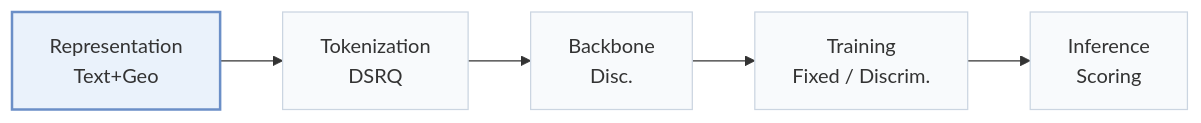
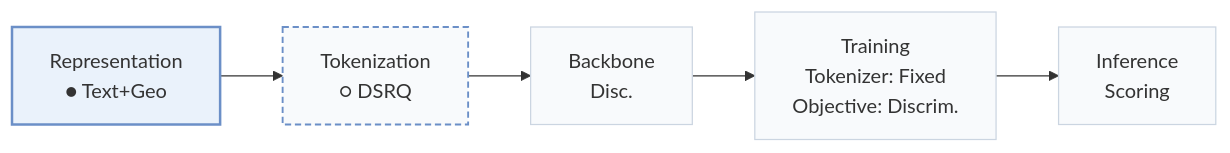
Before and after one commit to Galaxy-ghost/Awesome-SID-Generative-Rec: the first of 3 diagrams in pages/papers/lgrid.md, drawn with Mermaid. The commit also changed other lines of this file and 558 other files, not shown here.

````diff
--- a/pages/papers/lgrid.md
+++ b/pages/papers/lgrid.md
@@ -15,8 +18,10 @@
 ```mermaid
 flowchart LR
-    R["Representation<br/>Text+Geo"] --> T["Tokenization<br/>DSRQ"] --> B["Backbone<br/>Disc."] --> TR["Training<br/>Fixed / Discrim."] --> I["Inference<br/>Scoring"]
+    R["Representation<br/>● Text+Geo"] --> T["Tokenization<br/>○ DSRQ"] --> B["Backbone<br/>Disc."] --> TR["Training<br/>Tokenizer: Fixed<br/>Objective: Discrim."] --> I["Inference<br/>Scoring"]
     classDef base fill:#f8fafc,stroke:#cbd5e1
     class R,T,B,TR,I base
+    classDef other fill:#f8fafc,stroke:#6b8fc7,stroke-width:1.5px,stroke-dasharray:5 3
+    class T other
     classDef main fill:#eaf2fb,stroke:#6b8fc7,stroke-width:2px
     class R main
 ```
````
